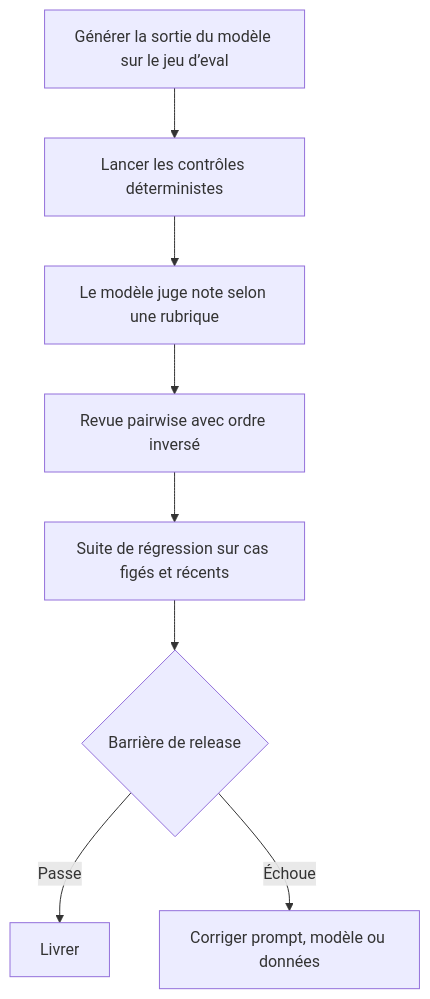
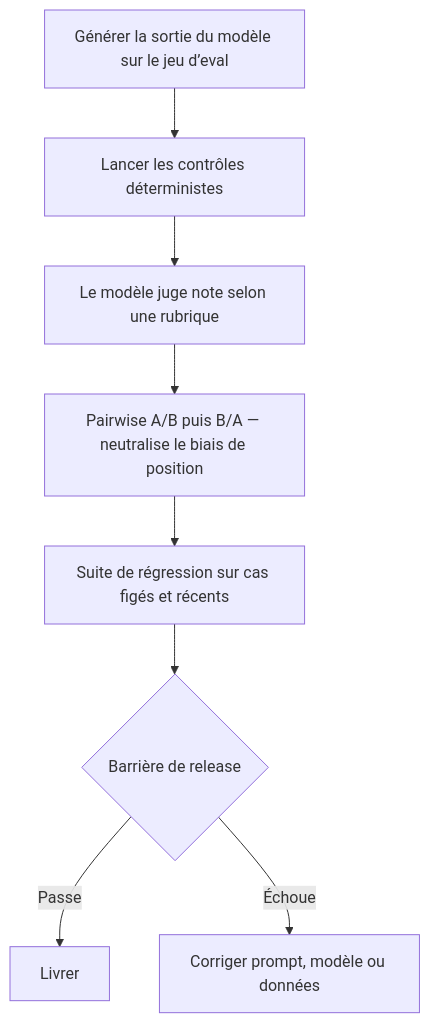
Before and after one commit to grasdouble/sebastien-lemouillour.fr: the diagram in packages/parcels/learn/src/data/content/ia-llm/understanding-llms/automated-llm-evaluation.fr.md, drawn with Mermaid. The commit also changed other lines of this file and 13 other files, not shown here.

````diff
--- a/packages/parcels/learn/src/data/content/ia-llm/understanding-llms/automated-llm-evaluation.fr.md
+++ b/packages/parcels/learn/src/data/content/ia-llm/understanding-llms/automated-llm-evaluation.fr.md
@@ -14,10 +14,10 @@
 ```mermaid
 flowchart TD
   A[Générer la sortie du modèle sur le jeu d’eval] --> B[Lancer les contrôles déterministes]
   B --> C[Le modèle juge note selon une rubrique]
-  C --> D[Revue pairwise avec ordre inversé]
+  C --> D[Pairwise A/B puis B/A — neutralise le biais de position]
   D --> E[Suite de régression sur cas figés et récents]
   E --> F{Barrière de release}
   F -->|Passe| G[Livrer]
   F -->|Échoue| H[Corriger prompt, modèle ou données]
 ```
````
